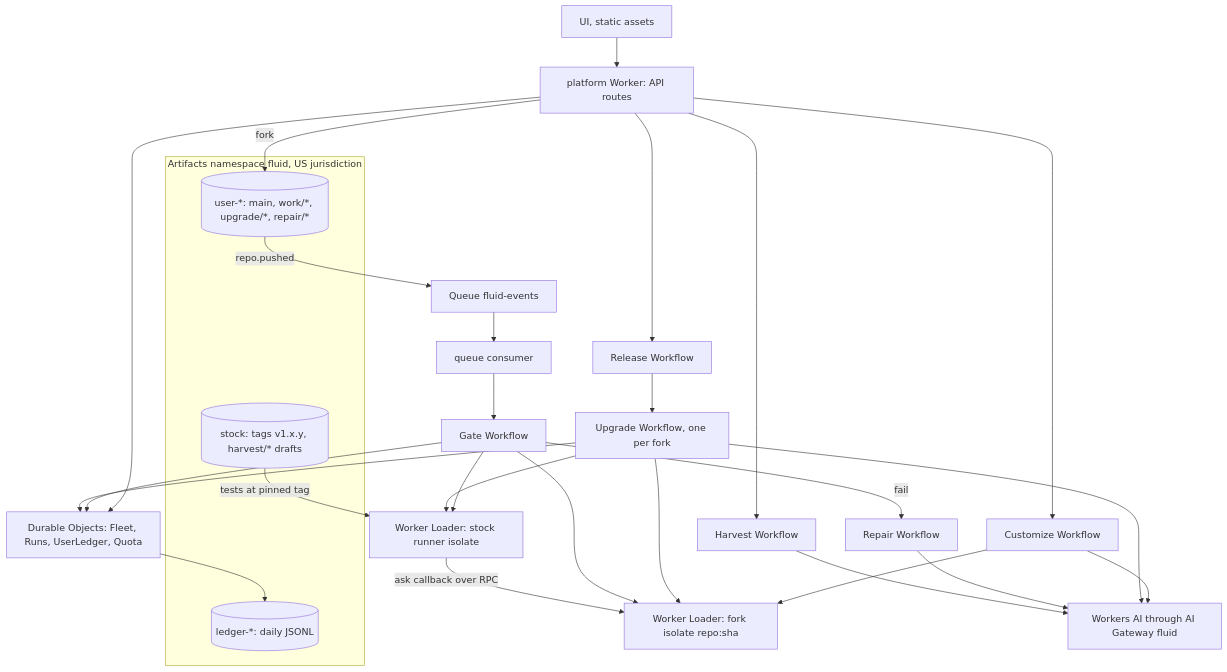
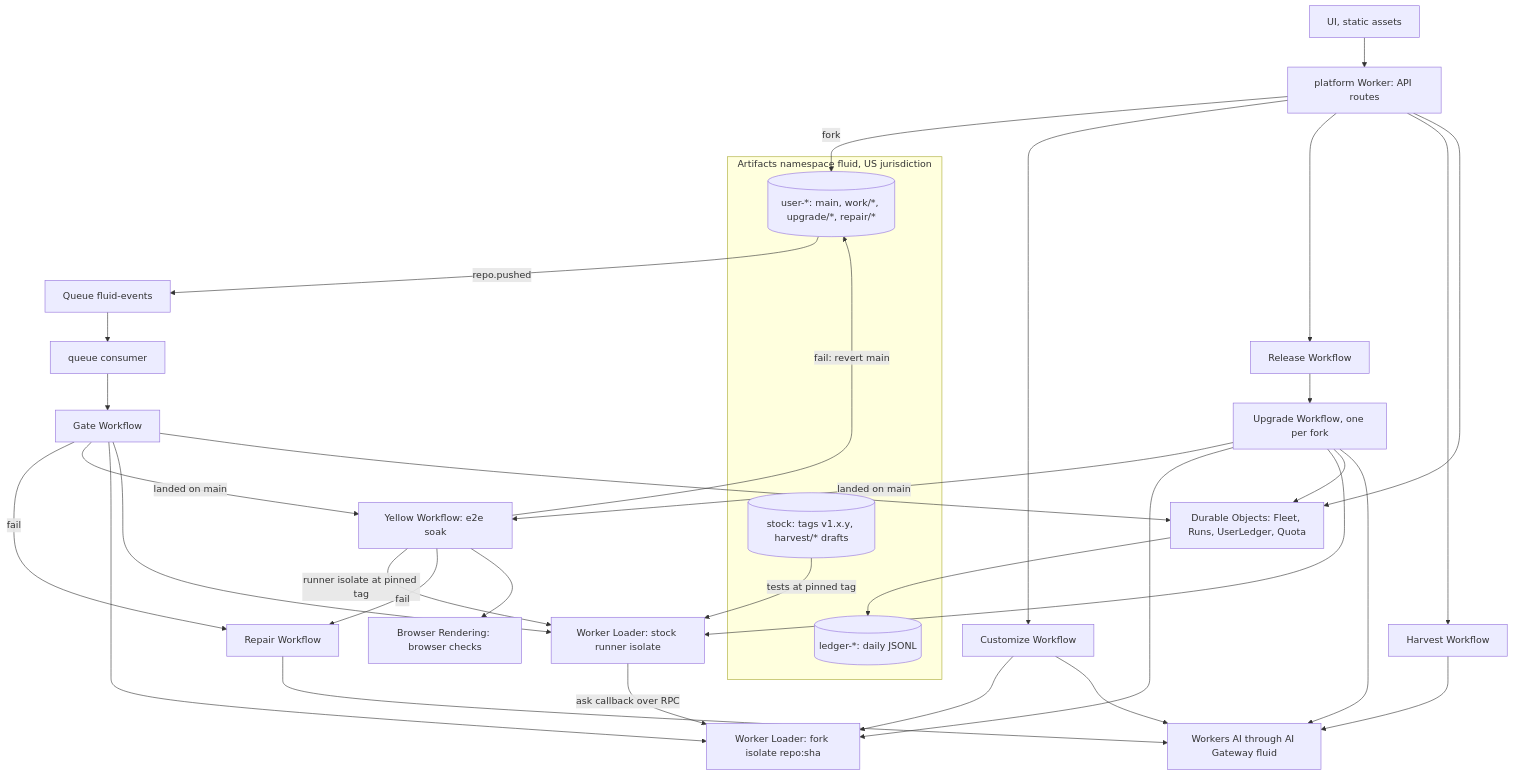
The diagram in docs/ARCHITECTURE.md (renato-umeton/fluid), drawn with Mermaid before and after one commit. The commit also changed other lines of this file and 4 other files, not shown here.

````diff
--- a/docs/ARCHITECTURE.md
+++ b/docs/ARCHITECTURE.md
@@ -18,21 +18,26 @@
 ```mermaid
 flowchart TB
   subgraph NS["Artifacts namespace fluid, US jurisdiction"]
     S[("stock: tags v1.x.y, harvest/* drafts")]
     F[("user-*: main, work/*, upgrade/*, repair/*")]
     LG[("ledger-*: daily JSONL")]
   end
   UI["UI, static assets"] --> W["platform Worker: API routes"]
   W -- fork --> F
   F -- repo.pushed --> Q["Queue fluid-events"] --> C["queue consumer"] --> GW["Gate Workflow"]
   W --> CW["Customize Workflow"] & RW["Release Workflow"] & HW["Harvest Workflow"]
   RW --> UW["Upgrade Workflow, one per fork"]
   GW -- fail --> RP["Repair Workflow"]
+  GW & UW -- landed on main --> YW["Yellow Workflow: e2e soak"]
+  YW -- runner isolate at pinned tag --> RN
+  YW -- fail: revert main --> F
+  YW -- fail --> RP
+  YW --> BR["Browser Rendering: browser checks"]
   CW & UW & GW --> RT["Worker Loader: fork isolate repo:sha"]
   GW & UW --> RN["Worker Loader: stock runner isolate"]
   RN -- ask callback over RPC --> RT
   S -- tests at pinned tag --> RN
   W & GW & UW --> DO["Durable Objects: Fleet, Runs, UserLedger, Quota"]
   DO --> LG
   CW & UW & RP & HW --> AI["Workers AI through AI Gateway fluid"]
 ```
````
